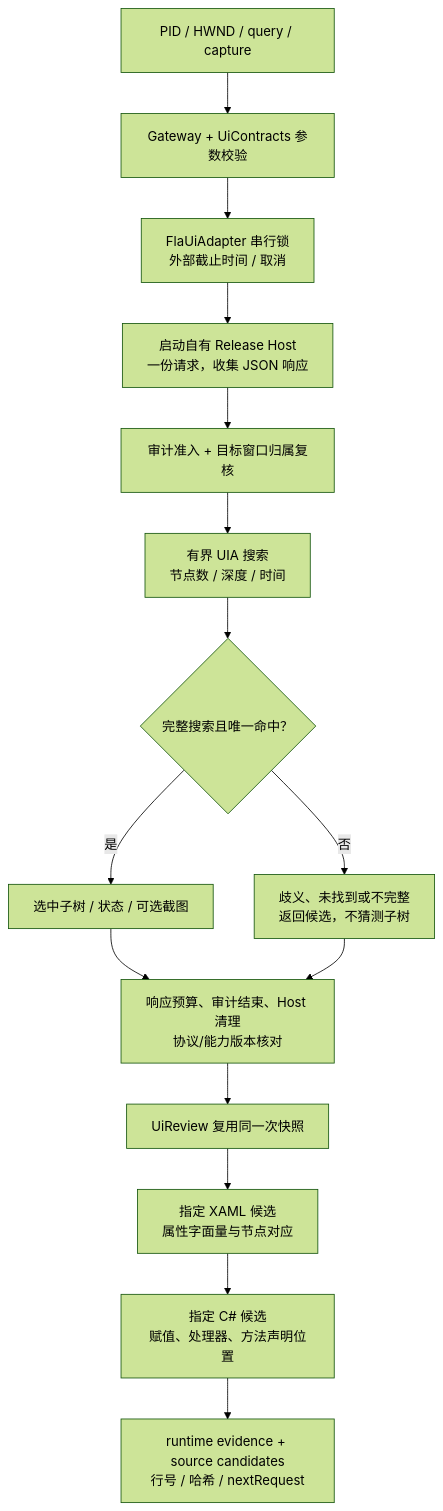
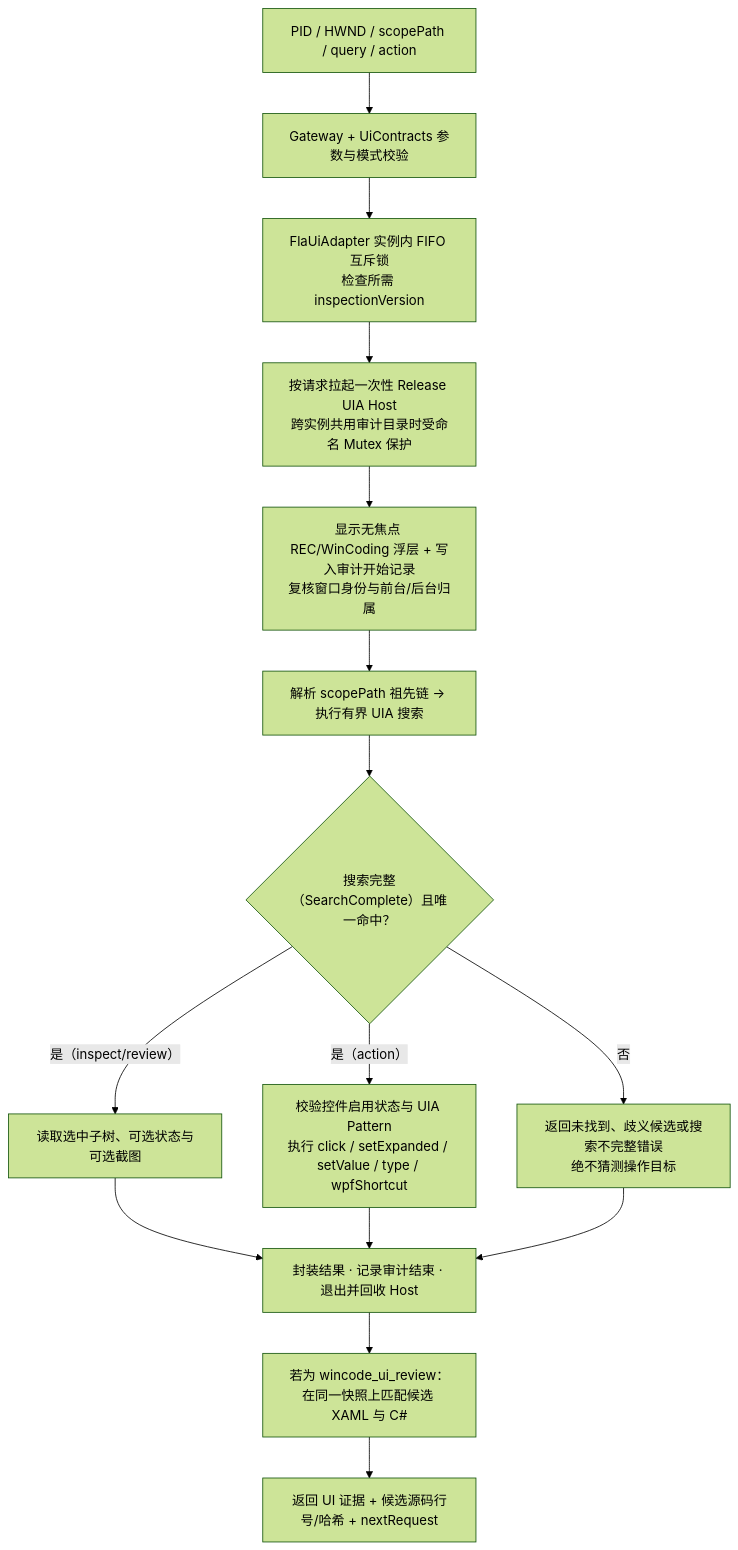
One commit to linnnn89/WinCode changed the fourth of 4 diagrams in WinCode-架构与数据流说明.md. Above: the diagram before and after it, drawn with Mermaid (forest theme). The commit also changed other lines of this file and 13 other files, not shown here.

````diff
--- a/WinCode-架构与数据流说明.md
+++ b/WinCode-架构与数据流说明.md
@@ -169,17 +134,17 @@
 ```mermaid
 flowchart TB
-  Req["PID / HWND / query / capture"] --> Validate["Gateway + UiContracts 参数校验"]
-  Validate --> Mutex["FlaUiAdapter 串行锁\n外部截止时间 / 取消"]
-  Mutex --> Native["启动自有 Release Host\n一份请求，收集 JSON 响应"]
-  Native --> Audit["审计准入 + 目标窗口归属复核"]
-  Audit --> Search["有界 UIA 搜索\n节点数 / 深度 / 时间"]
-  Search --> Unique{"完整搜索且唯一命中？"}
-  Unique -->|"是"| Snapshot["选中子树 / 状态 / 可选截图"]
-  Unique -->|"否"| Partial["歧义、未找到或不完整\n返回候选，不猜测子树"]
-  Snapshot --> Return["响应预算、审计结束、Host 清理\n协议/能力版本核对"]
+  Req["PID / HWND / scopePath / query / action"] --> Validate["Gateway + UiContracts 参数与模式校验"]
+  Validate --> Mutex["FlaUiAdapter 实例内 FIFO 互斥锁\n检查所需 inspectionVersion"]
+  Mutex --> Native["按请求拉起一次性 Release UIA Host\n跨实例共用审计目录时受命名 Mutex 保护"]
+  Native --> Audit["显示无焦点 REC/WinCoding 浮层 + 写入审计开始记录\n复核窗口身份与前台/后台归属"]
+  Audit --> Search["解析 scopePath 祖先链 → 执行有界 UIA 搜索"]
+  Search --> Unique{"搜索完整（SearchComplete）且唯一命中？"}
+  Unique -->|"是（inspect/review）"| Snapshot["读取选中子树、可选状态与可选截图"]
+  Unique -->|"是（action）"| Act["校验控件启用状态与 UIA Pattern\n执行 click / setExpanded / setValue / type / wpfShortcut"]
+  Unique -->|"否"| Partial["返回未找到、歧义候选或搜索不完整错误\n绝不猜测操作目标"]
+  Snapshot --> Return["封装结果 · 记录审计结束 · 退出并回收 Host"]
+  Act --> Return
   Partial --> Return
-  Return --> UiReview["UiReview 复用同一次快照"]
-  UiReview --> Xaml["指定 XAML 候选\n属性字面量与节点对应"]
-  Xaml --> CSharp["指定 C# 候选\n赋值、处理器、方法声明位置"]
-  CSharp --> Out["runtime evidence + source candidates\n行号 / 哈希 / nextRequest"]
+  Return --> UiReview["若为 wincode_ui_review：在同一快照上匹配候选 XAML 与 C#"]
+  UiReview --> Out["返回 UI 证据 + 候选源码行号/哈希 + nextRequest"]
 ```
````
